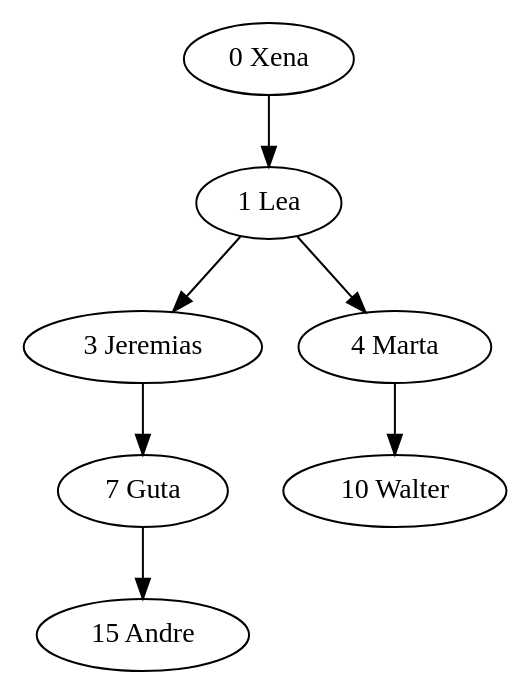
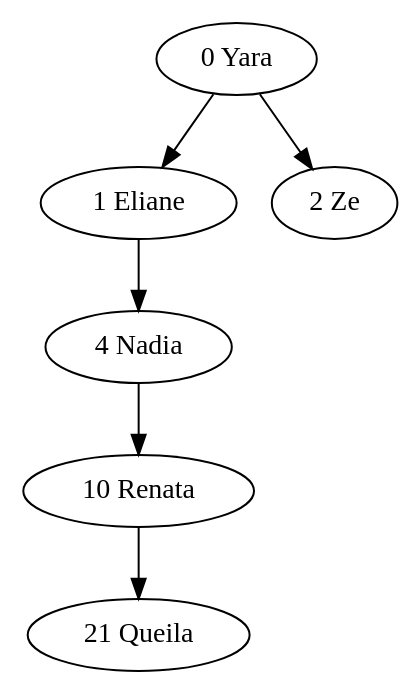
The diagram in out/production/BinaryTree/abb.dot (LuisHenriique/BinaryTree), drawn with Graphviz before and after one commit. The commit also changed 16 other files, not shown here.

```diff
--- a/out/production/BinaryTree/abb.dot
+++ b/out/production/BinaryTree/abb.dot
@@ -1,8 +1,7 @@
 digraph {
-"0 Xena" ->"1 Lea"
-"1 Lea" ->"3 Jeremias"
-"1 Lea" ->"4 Marta"
-"3 Jeremias" ->"7 Guta"
-"4 Marta" ->"10 Walter"
-"7 Guta" ->"15 Andre"
+"0 Yara" ->"1 Eliane"
+"0 Yara" ->"2 Ze"
+"1 Eliane" ->"4 Nadia"
+"4 Nadia" ->"10 Renata"
+"10 Renata" ->"21 Queila"
 }
```
